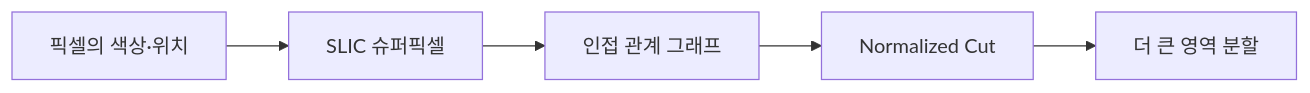
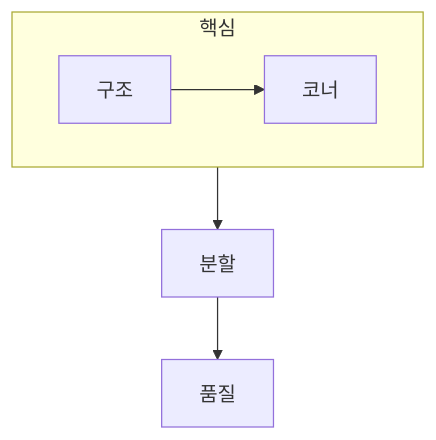
One commit to umyunsang/edu changed the diagram in ComputerScience/03_ai-ml-data/computer-vision/notes/03. 코너·분할과 영상 품질.md. Above: the diagram before and after it, drawn with Mermaid. The commit also changed other lines of this file and 5 other files, not shown here.

````diff
--- a/ComputerScience/03_ai-ml-data/computer-vision/notes/03. 코너·분할과 영상 품질.md
+++ b/ComputerScience/03_ai-ml-data/computer-vision/notes/03. 코너·분할과 영상 품질.md
@@ -60,7 +21,9 @@
 ```mermaid
-flowchart LR
-    A["픽셀의 색상·위치"] --> B["SLIC 슈퍼픽셀"]
-    B --> C["인접 관계 그래프"]
-    C --> D["Normalized Cut"]
-    D --> E["더 큰 영역 분할"]
+flowchart TB
+    subgraph Core[핵심]
+        direction LR
+        A[구조] --> B[코너]
+    end
+    B --> C[분할]
+    C --> D[품질]
 ```
````
